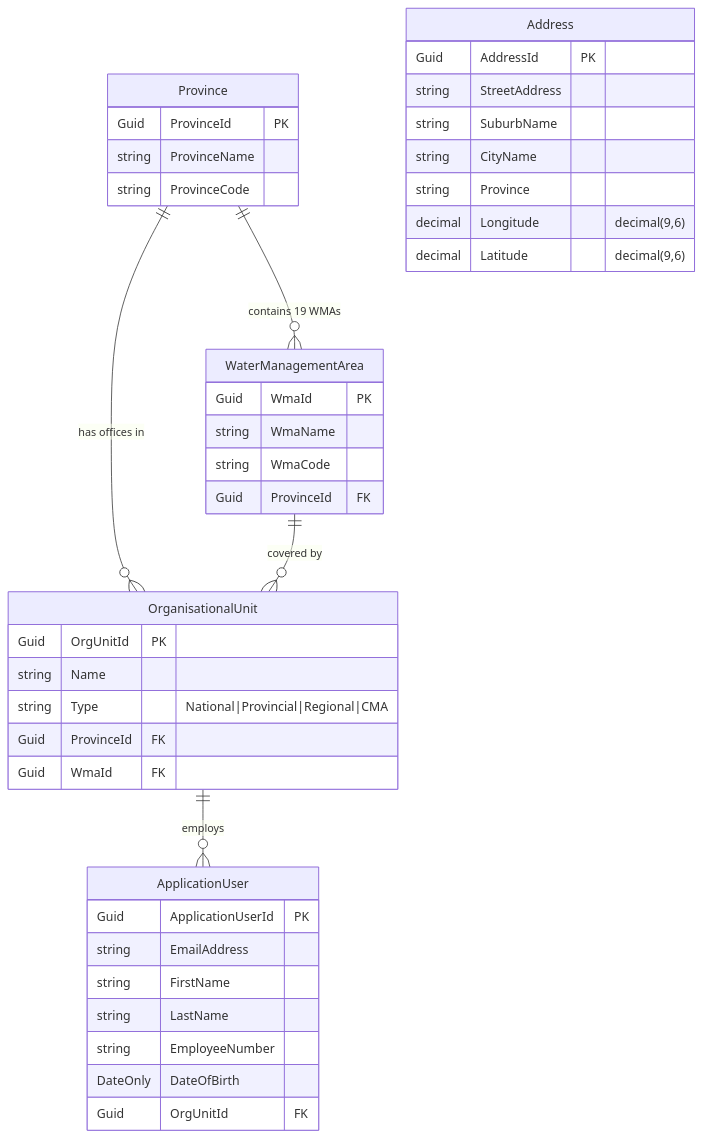
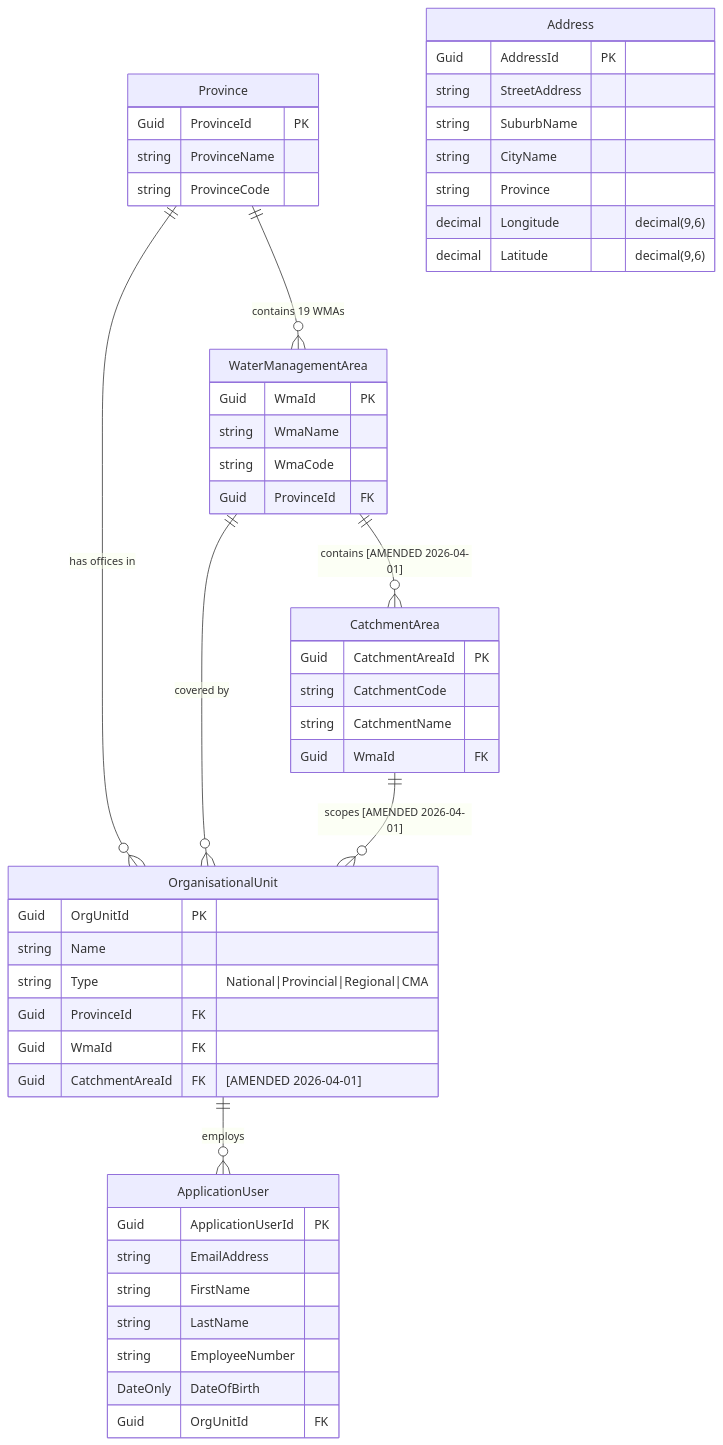
Before and after one commit to TiroMatlapeng/dwa-validation-verification: the diagram in docs/diagrams/erd-01-geography-and-organisation.mmd, drawn with Mermaid. The commit also changed 121 other files, not shown here.

```diff
--- a/docs/diagrams/erd-01-geography-and-organisation.mmd
+++ b/docs/diagrams/erd-01-geography-and-organisation.mmd
@@ -1,54 +1,64 @@
 erDiagram
 
     %% ═══════════════════════════════════════════════════
     %% ERD 1 of 6: GEOGRAPHY & ORGANISATION
     %% DWA V&V System — Presentation View
     %% ═══════════════════════════════════════════════════
 
     Province {
         Guid ProvinceId PK
         string ProvinceName
         string ProvinceCode
     }
 
     WaterManagementArea {
         Guid WmaId PK
         string WmaName
         string WmaCode
         Guid ProvinceId FK
     }
 
+    CatchmentArea {
+        Guid CatchmentAreaId PK
+        string CatchmentCode
+        string CatchmentName
+        Guid WmaId FK
+    }
+
     OrganisationalUnit {
         Guid OrgUnitId PK
         string Name
         string Type "National|Provincial|Regional|CMA"
         Guid ProvinceId FK
         Guid WmaId FK
+        Guid CatchmentAreaId FK "[AMENDED 2026-04-01]"
     }
 
     Address {
         Guid AddressId PK
         string StreetAddress
         string SuburbName
         string CityName
         string Province
         decimal Longitude "decimal(9,6)"
         decimal Latitude "decimal(9,6)"
     }
 
     ApplicationUser {
         Guid ApplicationUserId PK
         string EmailAddress
         string FirstName
         string LastName
         string EmployeeNumber
         DateOnly DateOfBirth
         Guid OrgUnitId FK
     }
 
     %% ── Relationships ──
 
     Province ||--o{ WaterManagementArea : "contains 19 WMAs"
     Province ||--o{ OrganisationalUnit : "has offices in"
+    WaterManagementArea ||--o{ CatchmentArea : "contains [AMENDED 2026-04-01]"
     WaterManagementArea ||--o{ OrganisationalUnit : "covered by"
+    CatchmentArea ||--o{ OrganisationalUnit : "scopes [AMENDED 2026-04-01]"
     OrganisationalUnit ||--o{ ApplicationUser : "employs"
```
